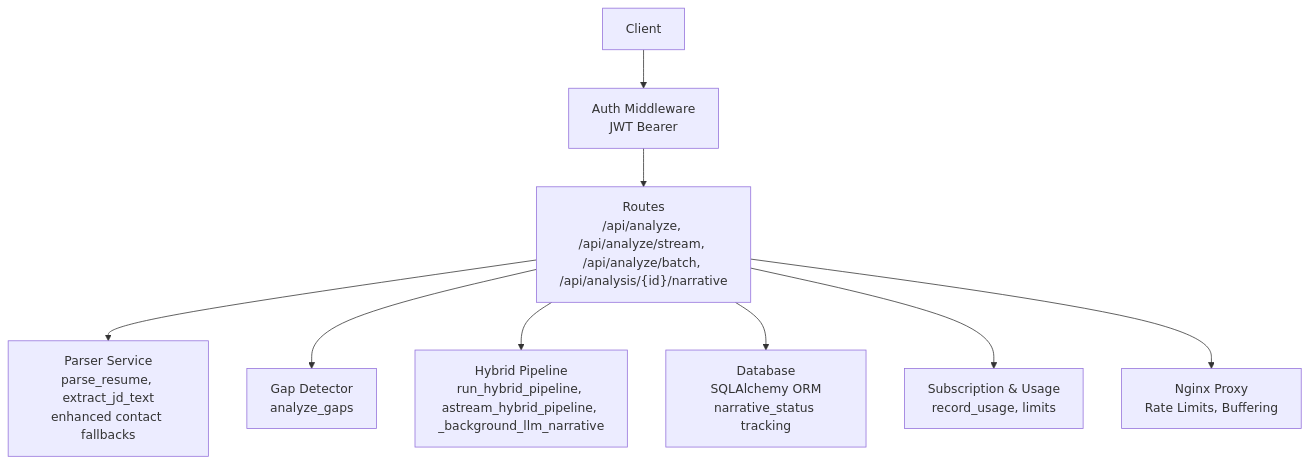
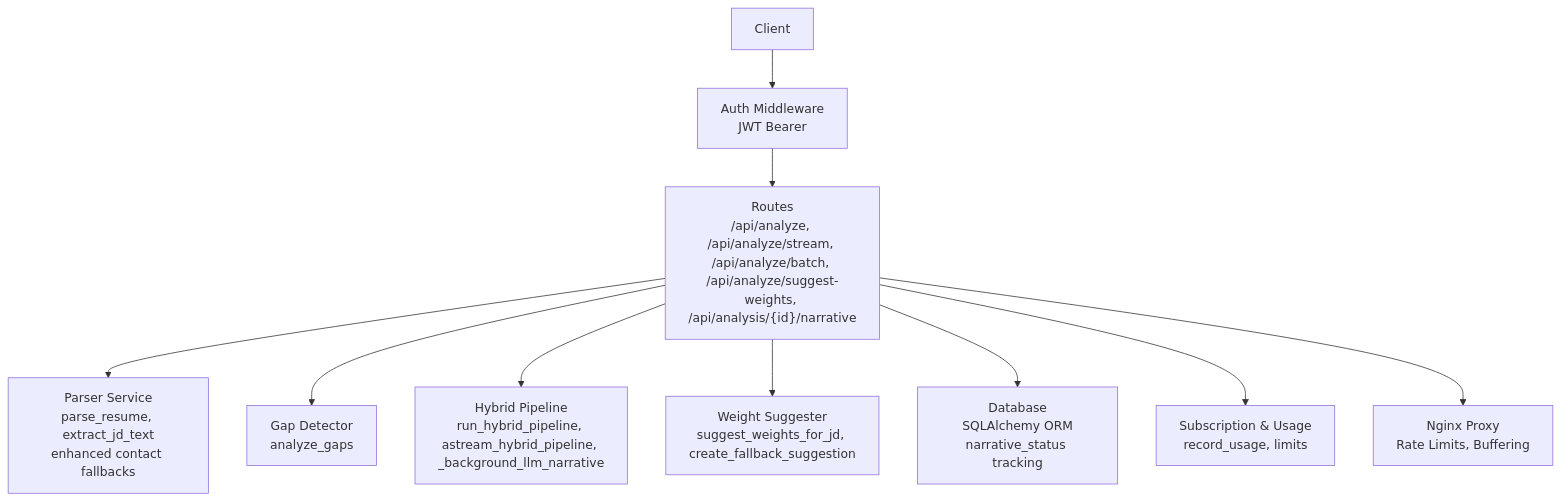
Before and after one commit to Revanththetalogics/aireume: the first of 3 diagrams in .qoder/repowiki/en/content/API Reference/Analysis Endpoints/Analysis Endpoints.md, drawn with Mermaid. The commit also changed other lines of this file and 2 other files, not shown here.

Commit message:
feat: add batch-chunked analysis endpoint for chunked upload workflow

````diff
--- a/.qoder/repowiki/en/content/API Reference/Analysis Endpoints/Analysis Endpoints.md
+++ b/.qoder/repowiki/en/content/API Reference/Analysis Endpoints/Analysis Endpoints.md
@@ -55,19 +62,21 @@
 ```mermaid
 graph TB
 Client["Client"]
 Auth["Auth Middleware<br/>JWT Bearer"]
-Routes["Routes<br/>/api/analyze, /api/analyze/stream, /api/analyze/batch, /api/analysis/{id}/narrative"]
+Routes["Routes<br/>/api/analyze, /api/analyze/stream, /api/analyze/batch, /api/analyze/suggest-weights, /api/analysis/{id}/narrative"]
 Parser["Parser Service<br/>parse_resume, extract_jd_text<br/>enhanced contact fallbacks"]
 Gap["Gap Detector<br/>analyze_gaps"]
 Hybrid["Hybrid Pipeline<br/>run_hybrid_pipeline, astream_hybrid_pipeline, _background_llm_narrative"]
+WeightSuggester["Weight Suggester<br/>suggest_weights_for_jd, create_fallback_suggestion"]
 DB["Database<br/>SQLAlchemy ORM<br/>narrative_status tracking"]
 Sub["Subscription & Usage<br/>record_usage, limits"]
 Nginx["Nginx Proxy<br/>Rate Limits, Buffering"]
 Client --> Auth --> Routes
 Routes --> Parser
 Routes --> Gap
 Routes --> Hybrid
+Routes --> WeightSuggester
 Routes --> DB
 Routes --> Sub
 Routes --> Nginx
 ```
````
